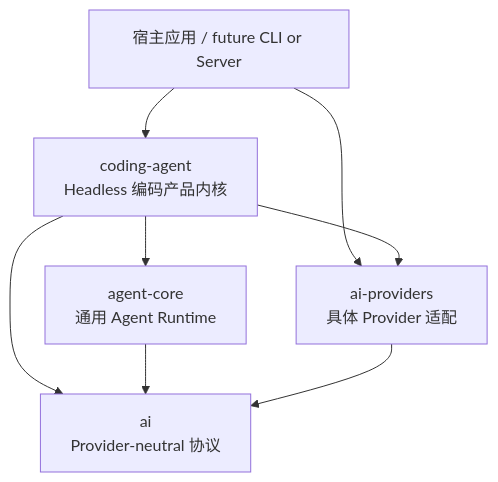
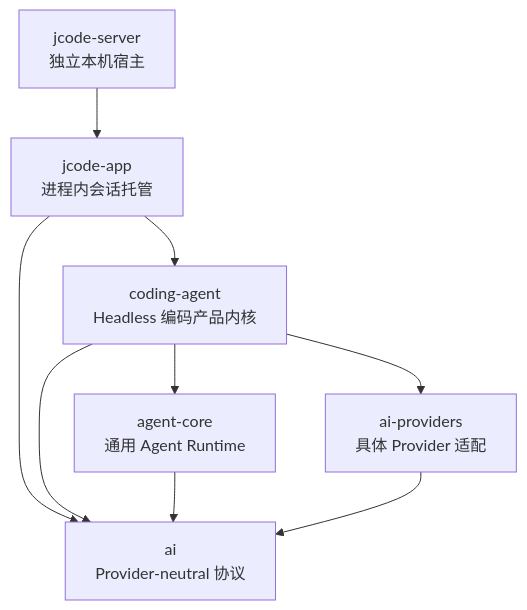
Before and after one commit to YPQuinn/Jcode: the diagram in README.md, drawn with Mermaid. The commit also changed other lines of this file and 23 other files, not shown here.

````diff
--- a/README.md
+++ b/README.md
@@ -39,16 +39,18 @@
 ```mermaid
 flowchart TD
-    App[宿主应用 / future CLI or Server]
+    Server[jcode-server<br/>独立本机宿主]
+    App[jcode-app<br/>进程内会话托管]
     Coding[coding-agent<br/>Headless 编码产品内核]
     Core[agent-core<br/>通用 Agent Runtime]
     Providers[ai-providers<br/>具体 Provider 适配]
     AI[ai<br/>Provider-neutral 协议]
 
+    Server --> App
     App --> Coding
-    App --> Providers
+    App --> AI
     Coding --> Core
     Coding --> Providers
     Coding --> AI
     Core --> AI
     Providers --> AI
 ```
````
